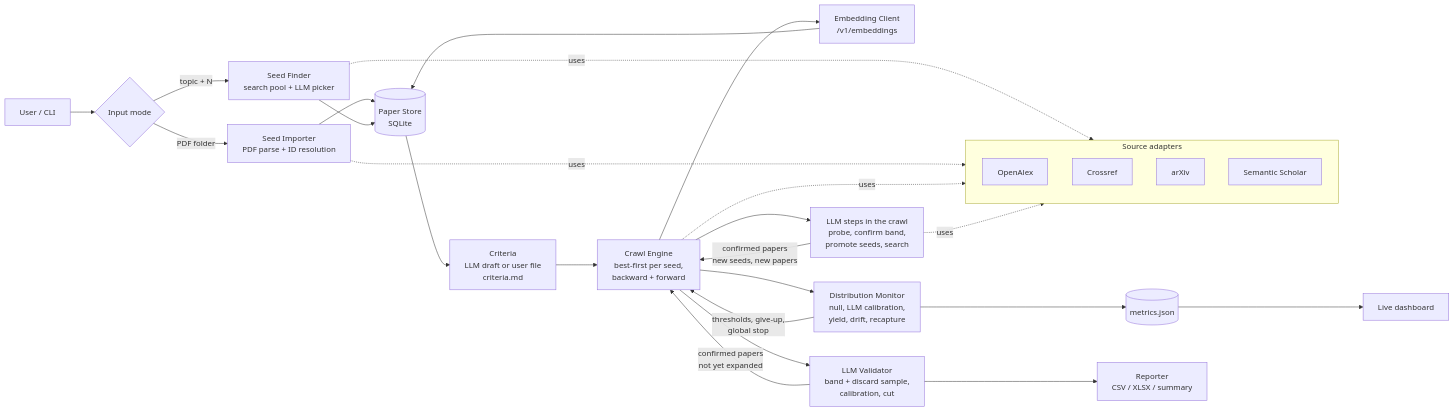
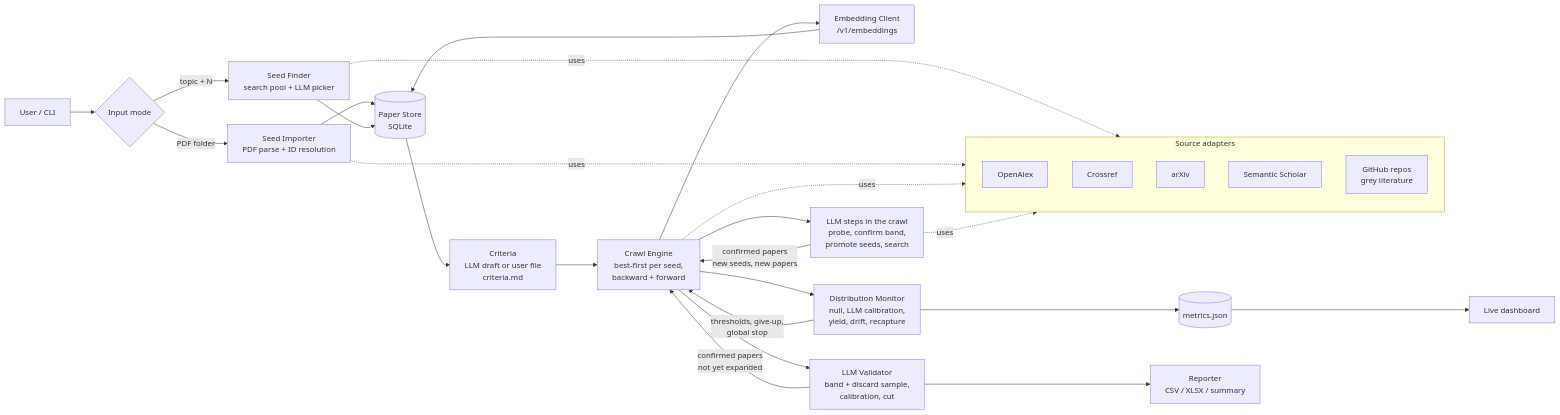
The first of 2 diagrams in docs/system-design.md (soorimess/litscout), drawn with Mermaid before and after one commit. The commit also changed other lines of this file and 15 other files, not shown here.

First line of the commit message:
GitHub repositories as grey literature; field-level topic and criteria from seeds

````diff
--- a/docs/system-design.md
+++ b/docs/system-design.md
@@ -33,31 +33,32 @@
 ```mermaid
 flowchart LR
     U[User / CLI] --> SR{Input mode}
     SR -->|PDF folder| PI[Seed Importer<br/>PDF parse + ID resolution]
     SR -->|topic + N| SF[Seed Finder<br/>search pool + LLM picker]
     PI --> ST[(Paper Store<br/>SQLite)]
     SF --> ST
     ST --> CR[Criteria<br/>LLM draft or user file<br/>criteria.md]
     SF -.uses.-> SA
     PI -.uses.-> SA
     subgraph SA[Source adapters]
         OA[OpenAlex]
         CRX[Crossref]
         AX[arXiv]
         S2[Semantic Scholar]
+        GH[GitHub repos<br/>grey literature]
     end
     CR --> CE[Crawl Engine<br/>best-first per seed,<br/>backward + forward]
     CE -.uses.-> SA
     CE --> EC[Embedding Client<br/>/v1/embeddings]
     EC --> ST
     CE --> DM[Distribution Monitor<br/>null, LLM calibration,<br/>yield, drift, recapture]
     DM -->|thresholds, give-up,<br/>global stop| CE
     CE --> LJ[LLM steps in the crawl<br/>probe, confirm band,<br/>promote seeds, search]
     LJ -->|confirmed papers<br/>new seeds, new papers| CE
     LJ -.uses.-> SA
     DM --> MS[(metrics.json)]
     MS --> DS[Live dashboard]
     CE --> VA[LLM Validator<br/>band + discard sample,<br/>calibration, cut]
     VA -->|confirmed papers<br/>not yet expanded| CE
     VA --> RP[Reporter<br/>CSV / XLSX / summary]
 ```
````
